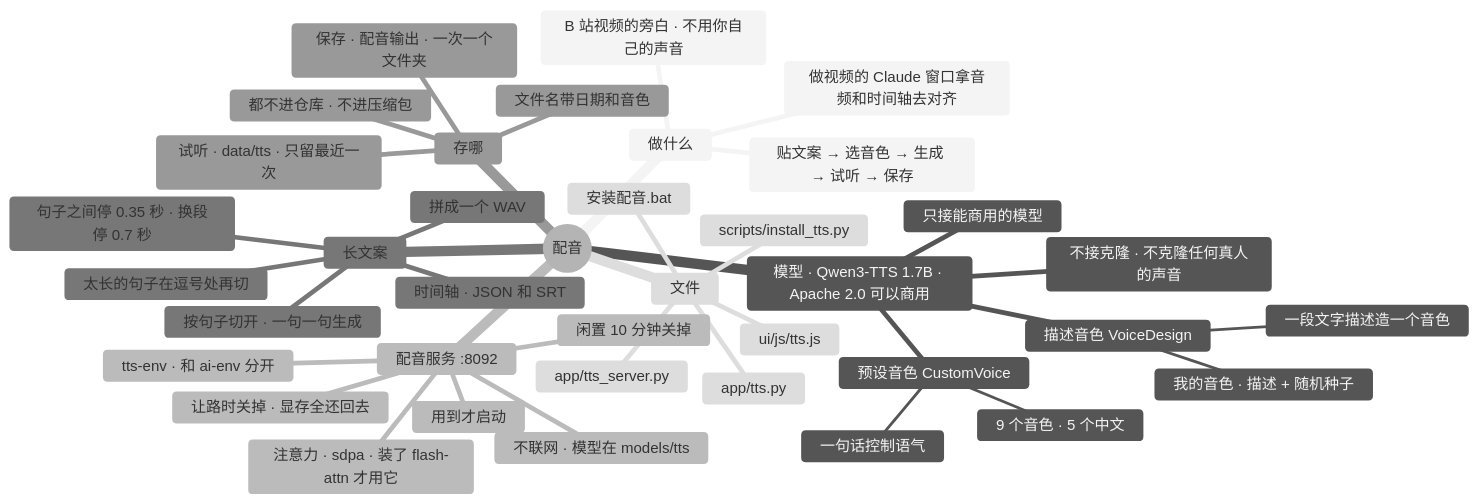
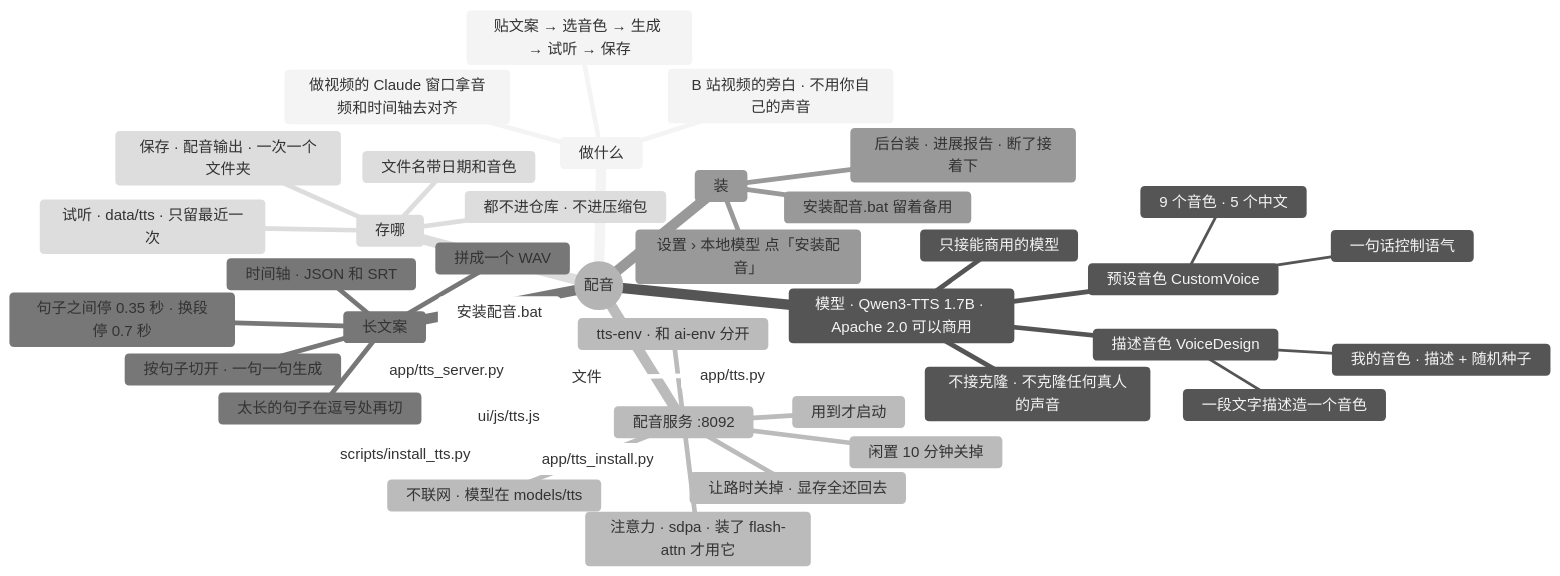
Before and after one commit to lql-076/Experiment-Agent-One: the diagram in docs/AI文档/架构/14-配音.md, drawn with Mermaid (neutral theme). The commit also changed other lines of this file and 29 other files, not shown here.

````diff
--- a/docs/AI文档/架构/14-配音.md
+++ b/docs/AI文档/架构/14-配音.md
@@ -9,42 +9,47 @@
 ```mermaid
 mindmap
   root((配音))
     做什么
       B 站视频的旁白 · 不用你自己的声音
       贴文案 → 选音色 → 生成 → 试听 → 保存
       做视频的 Claude 窗口拿音频和时间轴去对齐
     模型 · Qwen3-TTS 1.7B · Apache 2.0 可以商用
       预设音色 CustomVoice
         9 个音色 · 5 个中文
         一句话控制语气
       描述音色 VoiceDesign
         一段文字描述造一个音色
         我的音色 · 描述 + 随机种子
       不接克隆 · 不克隆任何真人的声音
       只接能商用的模型
     配音服务 :8092
     :::svc-tts
       tts-env · 和 ai-env 分开
       用到才启动
       闲置 10 分钟关掉
       让路时关掉 · 显存全还回去
       不联网 · 模型在 models/tts
       注意力 · sdpa · 装了 flash-attn 才用它
     长文案
       按句子切开 · 一句一句生成
       太长的句子在逗号处再切
       句子之间停 0.35 秒 · 换段停 0.7 秒
       拼成一个 WAV
       时间轴 · JSON 和 SRT
+    装
+      设置 › 本地模型 点「安装配音」
+      后台装 · 进展报告 · 断了接着下
+      安装配音.bat 留着备用
     存哪
       试听 · data/tts · 只留最近一次
       保存 · 配音输出 · 一次一个文件夹
       文件名带日期和音色
       都不进仓库 · 不进压缩包
     文件
       app/tts.py
       app/tts_server.py
       scripts/install_tts.py
+      app/tts_install.py
       安装配音.bat
       ui/js/tts.js
 ```
````
